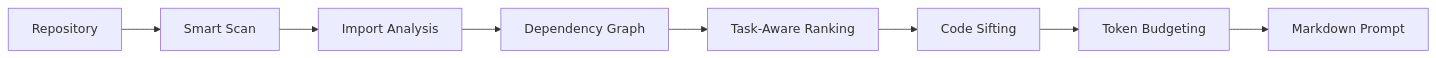
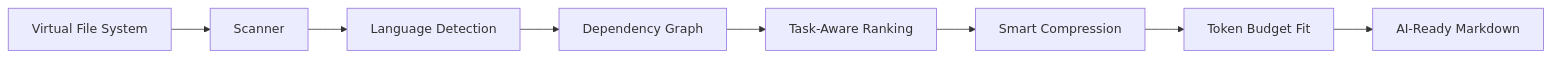
One commit to MasrurMansurov/Exerpt changed the diagram in README.md. Above: the diagram before and after it, drawn with Mermaid. The commit also changed other lines of this file and 44 other files, not shown here.

````diff
--- a/README.md
+++ b/README.md
@@ -27,10 +163,10 @@
 ```mermaid
 flowchart LR
-    A[Repository] --> B[Smart Scan]
-    B --> C[Import Analysis]
-    C --> D[Dependency Graph]
-    D --> E[Task-Aware Ranking]
-    E --> F[Code Sifting]
-    F --> G[Token Budgeting]
-    G --> H[Markdown Prompt]
+  A[Virtual File System] --> B[Scanner]
+  B --> C[Language Detection]
+  C --> D[Dependency Graph]
+  D --> E[Task-Aware Ranking]
+  E --> F[Smart Compression]
+  F --> G[Token Budget Fit]
+  G --> H[AI-Ready Markdown]
 ```
````
